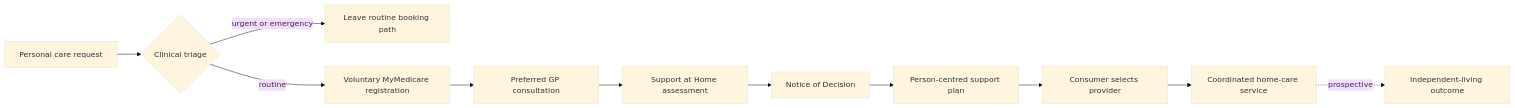
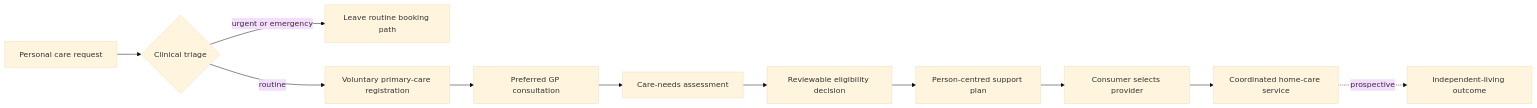
One commit to tao3k/lambda-episteme changed the first of 3 diagrams in user-interface/scenarios/healthcare/README.org. Above: the diagram before and after it, drawn with Mermaid (base theme). The commit also changed other lines of this file and 7 other files, not shown here.

```diff
--- a/user-interface/scenarios/healthcare/README.org
+++ b/user-interface/scenarios/healthcare/README.org
@@ -47,13 +51,13 @@
 #+begin_src mermaid
 flowchart LR
     R[Personal care request] --> T{Clinical triage}
     T -->|urgent or emergency| E[Leave routine booking path]
-    T -->|routine| M[Voluntary MyMedicare registration]
+    T -->|routine| M[Voluntary primary-care registration]
     M --> G[Preferred GP consultation]
-    G --> A[Support at Home assessment]
-    A --> N[Notice of Decision]
+    G --> A[Care-needs assessment]
+    A --> N[Reviewable eligibility decision]
     N --> P[Person-centred support plan]
     P --> C[Consumer selects provider]
     C --> H[Coordinated home-care service]
     H -. prospective .-> O[Independent-living outcome]
 #+end_src
```
